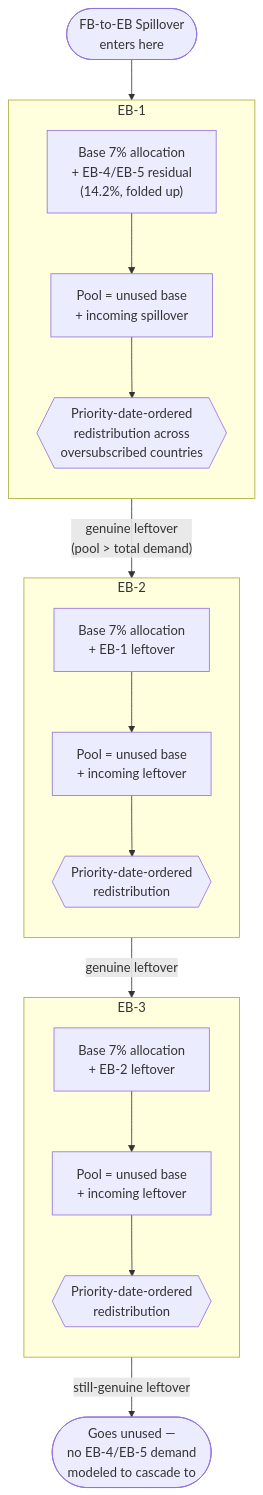
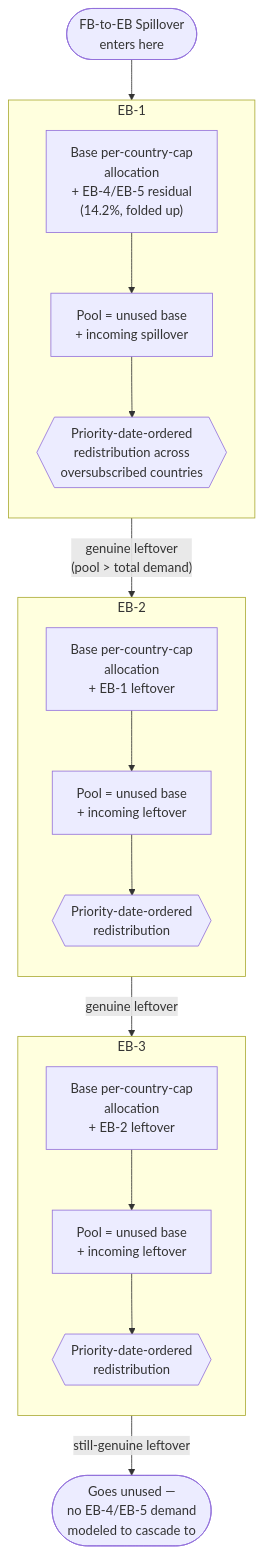
One commit to sharathandroid/GreenCardPredictor changed the fifth of 7 diagrams in README.md. Above: the diagram before and after it, drawn with Mermaid. The commit also changed other lines of this file and 5 other files, not shown here.

````diff
--- a/README.md
+++ b/README.md
@@ -158,28 +173,28 @@
 ```mermaid
 flowchart TB
     Spill(["FB-to-EB Spillover<br/>enters here"]) --> EB1Base
 
     subgraph EB1[" EB-1 "]
         direction TB
-        EB1Base["Base 7% allocation<br/>+ EB-4/EB-5 residual<br/>(14.2%, folded up)"] --> EB1Pool["Pool = unused base<br/>+ incoming spillover"]
+        EB1Base["Base per-country-cap<br/>allocation<br/>+ EB-4/EB-5 residual<br/>(14.2%, folded up)"] --> EB1Pool["Pool = unused base<br/>+ incoming spillover"]
         EB1Pool --> EB1Redist{{"Priority-date-ordered<br/>redistribution across<br/>oversubscribed countries"}}
     end
 
     EB1Redist -->|"genuine leftover<br/>(pool > total demand)"| EB2Base
 
     subgraph EB2[" EB-2 "]
         direction TB
-        EB2Base["Base 7% allocation<br/>+ EB-1 leftover"] --> EB2Pool["Pool = unused base<br/>+ incoming leftover"]
+        EB2Base["Base per-country-cap<br/>allocation<br/>+ EB-1 leftover"] --> EB2Pool["Pool = unused base<br/>+ incoming leftover"]
         EB2Pool --> EB2Redist{{"Priority-date-ordered<br/>redistribution"}}
     end
 
     EB2Redist -->|"genuine leftover"| EB3Base
 
     subgraph EB3[" EB-3 "]
         direction TB
-        EB3Base["Base 7% allocation<br/>+ EB-2 leftover"] --> EB3Pool["Pool = unused base<br/>+ incoming leftover"]
+        EB3Base["Base per-country-cap<br/>allocation<br/>+ EB-2 leftover"] --> EB3Pool["Pool = unused base<br/>+ incoming leftover"]
         EB3Pool --> EB3Redist{{"Priority-date-ordered<br/>redistribution"}}
     end
 
     EB3Redist -->|"still-genuine leftover"| Unused(["Goes unused —<br/>no EB-4/EB-5 demand<br/>modeled to cascade to"])
 ```
````
